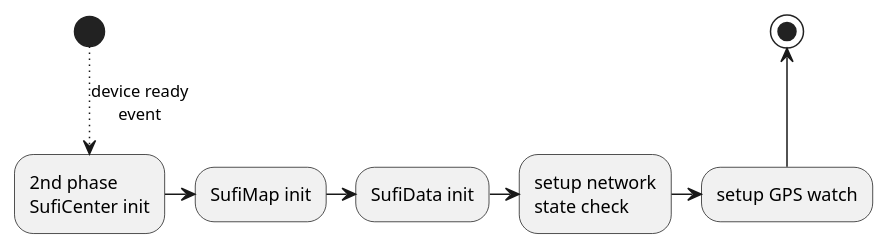
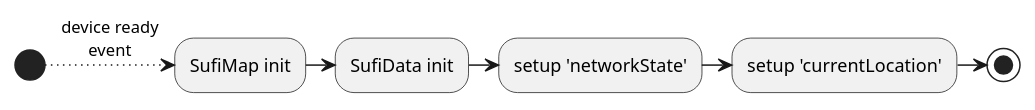
Before and after one commit to MARTIMM/Sufitrail: the fifth of 17 diagrams in Doc/Designer notes.md, drawn with PlantUML. The commit also changed other lines of this file, not shown here.

````diff
--- a/Doc/Designer notes.md
+++ b/Doc/Designer notes.md
@@ -167,9 +169,8 @@
 ```plantuml
-(*) ..>[device ready\nevent] "2nd phase\nSufiCenter init"
--> "SufiMap init"
+(*) .>[device ready\nevent] "SufiMap init"
 -> "SufiData init"
--> "setup network\nstate check"
--> "setup GPS watch"
-'-> "setup app\ndevice ready"
--up-> (*)
+-> "setup 'networkState'"
+-> "setup 'currentLocation'"
+'-> "setup 'deviceReady'"
+-> (*)
 ```
````
